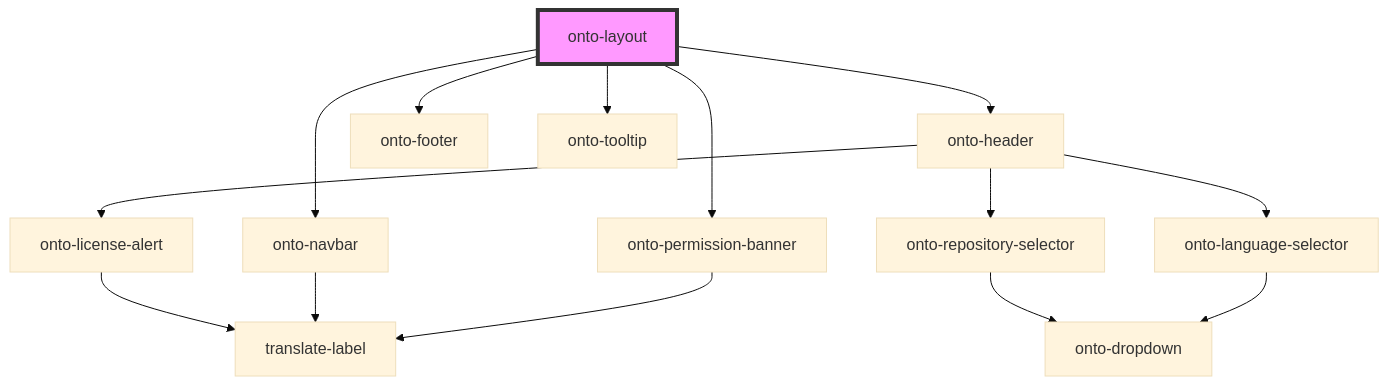
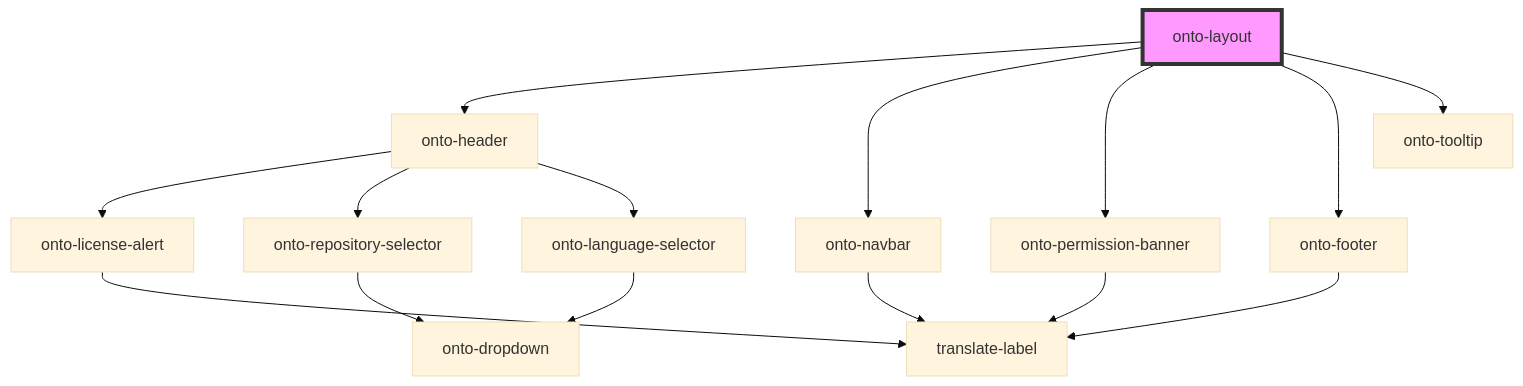
The diagram in packages/shared-components/src/components/onto-layout/readme.md (Ontotext-AD/graphdb-workbench), drawn with Mermaid (base theme) before and after one commit. The commit also changed 37 other files, not shown here.

````diff
--- a/packages/shared-components/src/components/onto-layout/readme.md
+++ b/packages/shared-components/src/components/onto-layout/readme.md
@@ -19,17 +19,18 @@
 ```mermaid
 graph TD;
   onto-layout --> onto-header
   onto-layout --> onto-navbar
   onto-layout --> onto-permission-banner
   onto-layout --> onto-footer
   onto-layout --> onto-tooltip
   onto-header --> onto-license-alert
   onto-header --> onto-repository-selector
   onto-header --> onto-language-selector
   onto-license-alert --> translate-label
   onto-repository-selector --> onto-dropdown
   onto-language-selector --> onto-dropdown
   onto-navbar --> translate-label
   onto-permission-banner --> translate-label
+  onto-footer --> translate-label
   style onto-layout fill:#f9f,stroke:#333,stroke-width:4px
 ```
````
